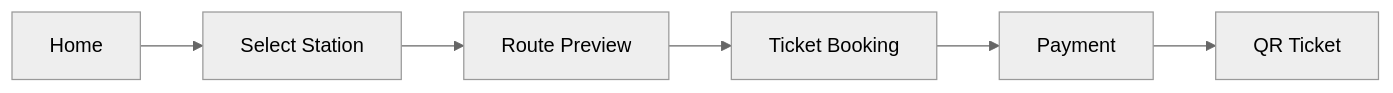
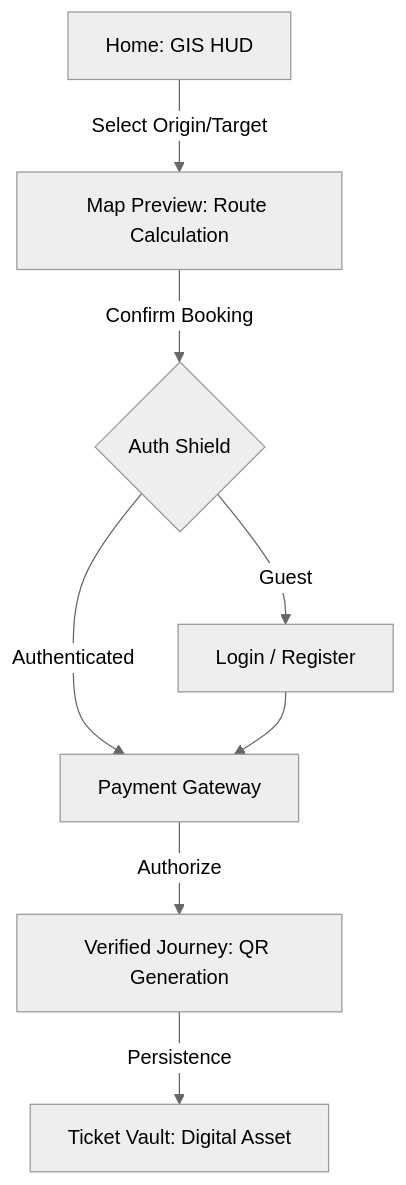
One commit to pthawng/MetroHCM changed the diagram in userfront/docs/02-user-flow.md. Above: the diagram before and after it, drawn with Mermaid (neutral theme). The commit also changed other lines of this file and 38 other files, not shown here.

````diff
--- a/userfront/docs/02-user-flow.md
+++ b/userfront/docs/02-user-flow.md
@@ -7,8 +7,10 @@
 ```mermaid
-graph LR
-    A[Home] --> B[Select Station]
-    B --> C[Route Preview]
-    C --> D[Ticket Booking]
-    D --> E[Payment]
-    E --> F[QR Ticket]
+graph TD
+    A[Home: GIS HUD] -->|Select Origin/Target| B[Map Preview: Route Calculation]
+    B -->|Confirm Booking| C{Auth Shield}
+    C -->|Guest| D[Login / Register]
+    C -->|Authenticated| E[Payment Gateway]
+    D --> E
+    E -->|Authorize| F[Verified Journey: QR Generation]
+    F -->|Persistence| G[Ticket Vault: Digital Asset]
 ```
````
